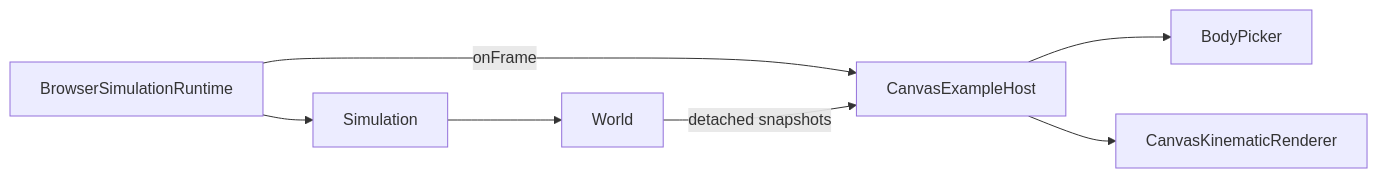
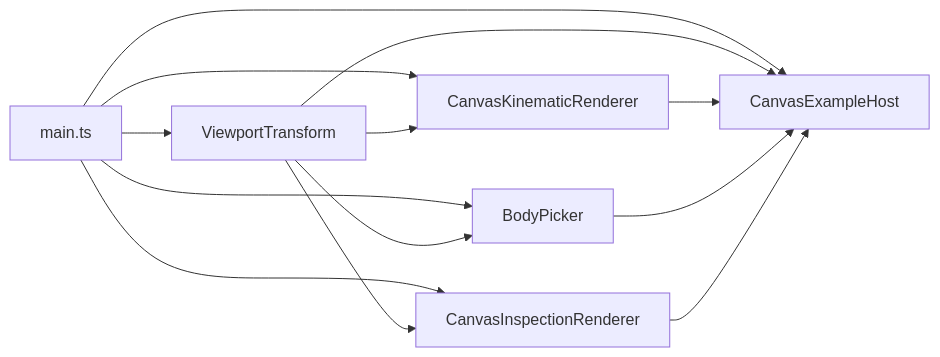
The second of 2 diagrams in src/visualization/README.md (fa-ribeiro/vLab2D), drawn with Mermaid before and after one commit. The commit also changed other lines of this file and 2 other files, not shown here.

Commit message:
docs: document visualization inspection architecture

````diff
--- a/src/visualization/README.md
+++ b/src/visualization/README.md
@@ -396,15 +235,24 @@
 ```mermaid
 flowchart LR
-    RT["BrowserSimulationRuntime"]
-    S["Simulation"]
-    W["World"]
+    MAIN["main.ts"]
+    V["ViewportTransform"]
+    R["CanvasKinematicRenderer"]
+    P["BodyPicker"]
+    I["CanvasInspectionRenderer"]
     H["CanvasExampleHost"]
-    P["BodyPicker"]
-    R["CanvasKinematicRenderer"]
 
-    RT --> S --> W
-    RT -->|onFrame| H
-    W -->|detached snapshots| H
-    H --> P
-    H --> R
+    MAIN --> V
+    MAIN --> R
+    MAIN --> P
+    MAIN --> I
+    MAIN --> H
+
+    V --> R
+    V --> P
+    V --> I
+    V --> H
+
+    R --> H
+    P --> H
+    I --> H
 ```
````
